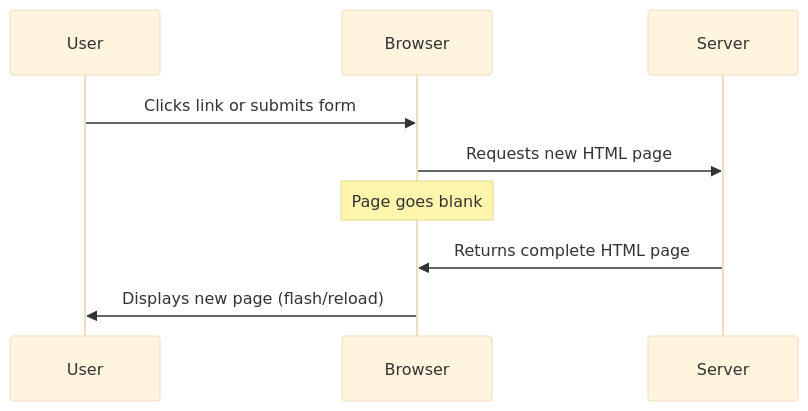
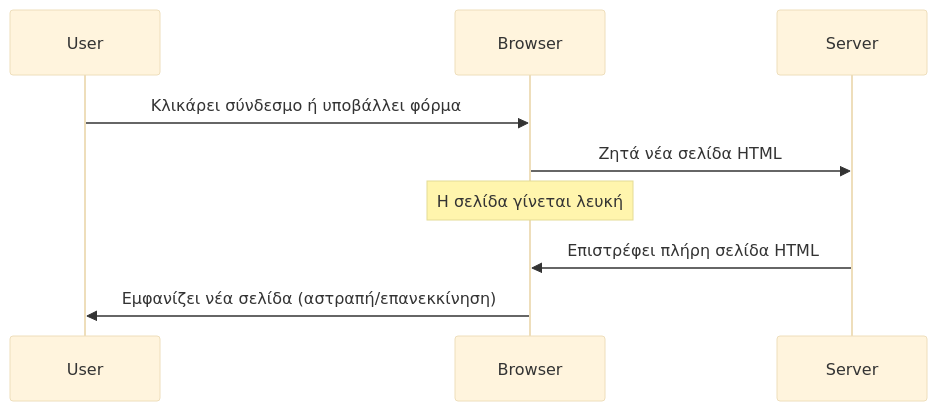
Before and after one commit to microsoft/Web-Dev-For-Beginners: the fourth of 11 diagrams in translations/el/7-bank-project/3-data/README.md, drawn with Mermaid (base theme). The commit also changed other lines of this file and 99 other files, not shown here.

````diff
--- a/translations/el/7-bank-project/3-data/README.md
+++ b/translations/el/7-bank-project/3-data/README.md
@@ -52,12 +147,12 @@
 ```mermaid
 sequenceDiagram
     participant User
     participant Browser
     participant Server
     
-    User->>Browser: Clicks link or submits form
-    Browser->>Server: Requests new HTML page
-    Note over Browser: Page goes blank
-    Server->>Browser: Returns complete HTML page
-    Browser->>User: Displays new page (flash/reload)
-```
+    User->>Browser: Κλικάρει σύνδεσμο ή υποβάλλει φόρμα
+    Browser->>Server: Ζητά νέα σελίδα HTML
+    Note over Browser: Η σελίδα γίνεται λευκή
+    Server->>Browser: Επιστρέφει πλήρη σελίδα HTML
+    Browser->>User: Εμφανίζει νέα σελίδα (αστραπή/επανεκκίνηση)
+```  
````
